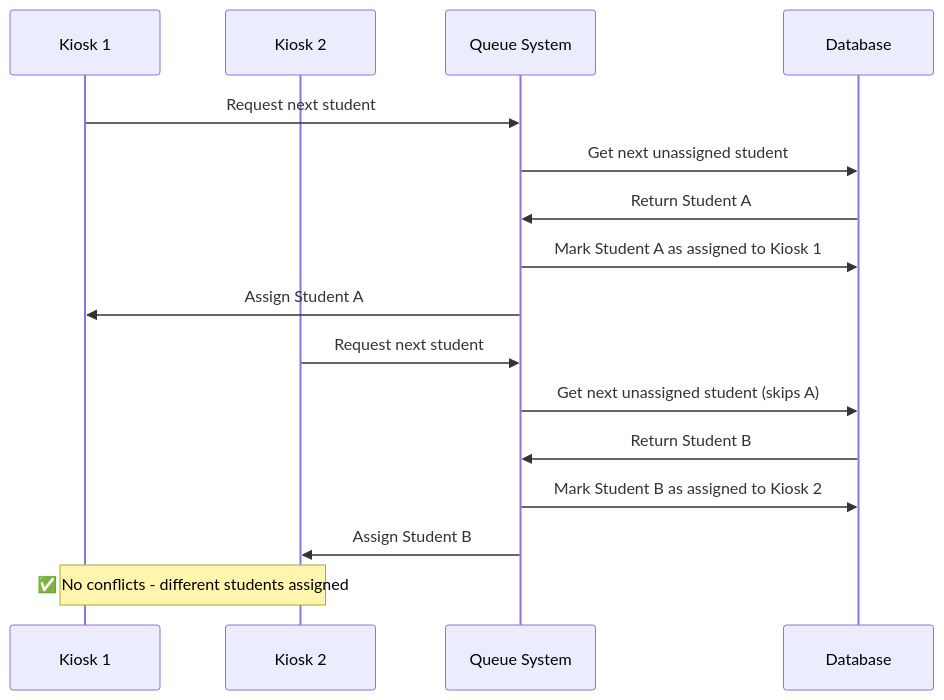
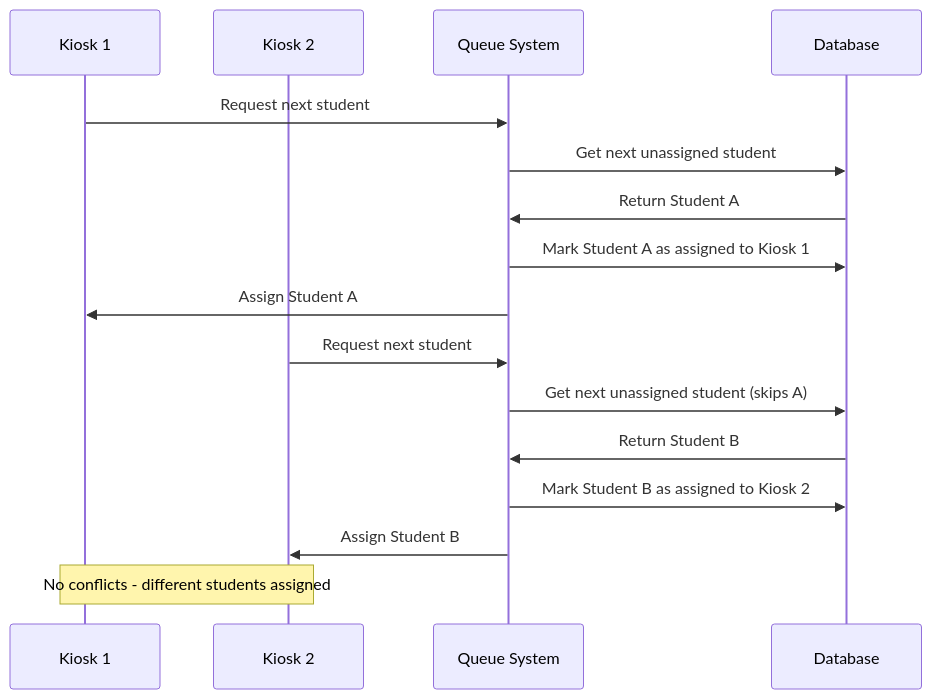
One commit to Splurfa/bx-os changed the fourth of 5 diagrams in Docs/Flowcharts/Sprint-02-Targets/06-simplified-kiosk-system.md. Above: the diagram before and after it, drawn with Mermaid. The commit also changed other lines of this file and 12 other files, not shown here.

First line of the commit message:
Fix flowchart syntax and numbering

````diff
--- a/Docs/Flowcharts/Sprint-02-Targets/06-simplified-kiosk-system.md
+++ b/Docs/Flowcharts/Sprint-02-Targets/06-simplified-kiosk-system.md
@@ -100,21 +100,21 @@
 ```mermaid
 sequenceDiagram
     participant K1 as Kiosk 1
     participant K2 as Kiosk 2
     participant Q as Queue System
     participant DB as Database
 
     K1->>Q: Request next student
     Q->>DB: Get next unassigned student
     DB->>Q: Return Student A
     Q->>DB: Mark Student A as assigned to Kiosk 1
     Q->>K1: Assign Student A
     
     K2->>Q: Request next student
     Q->>DB: Get next unassigned student (skips A)
     DB->>Q: Return Student B
     Q->>DB: Mark Student B as assigned to Kiosk 2
     Q->>K2: Assign Student B
     
-    Note over K1,K2: ✅ No conflicts - different students assigned
+    Note over K1,K2: No conflicts - different students assigned
 ```
````
